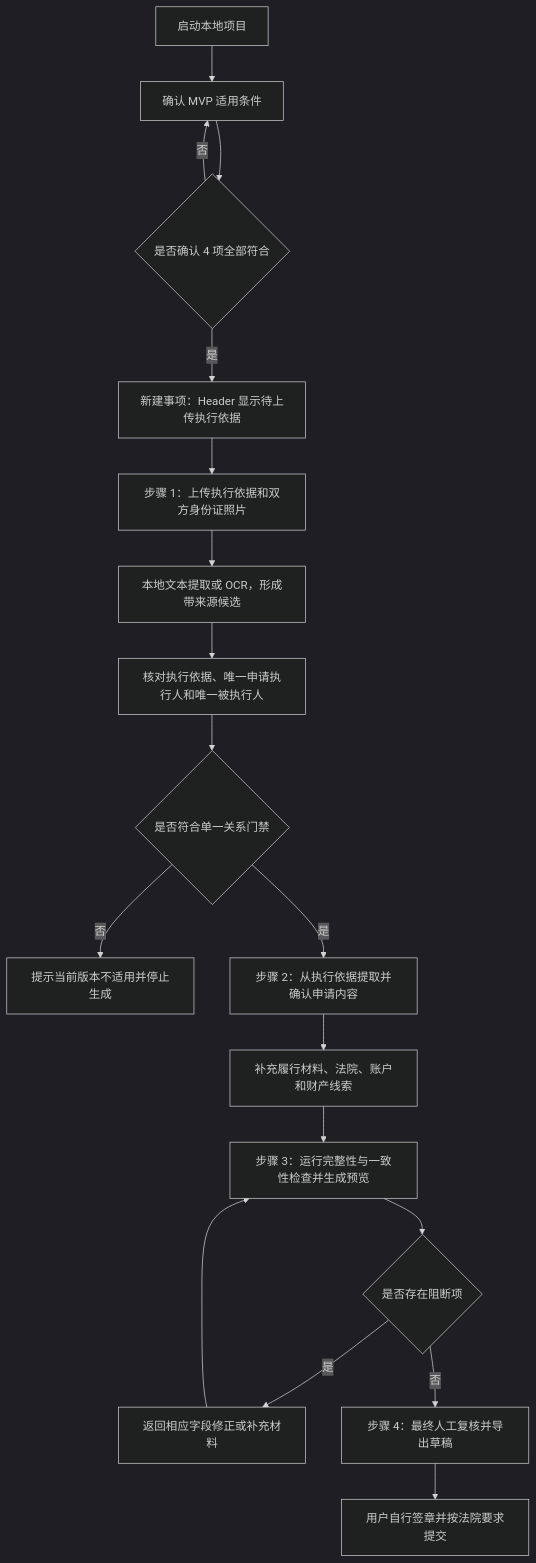
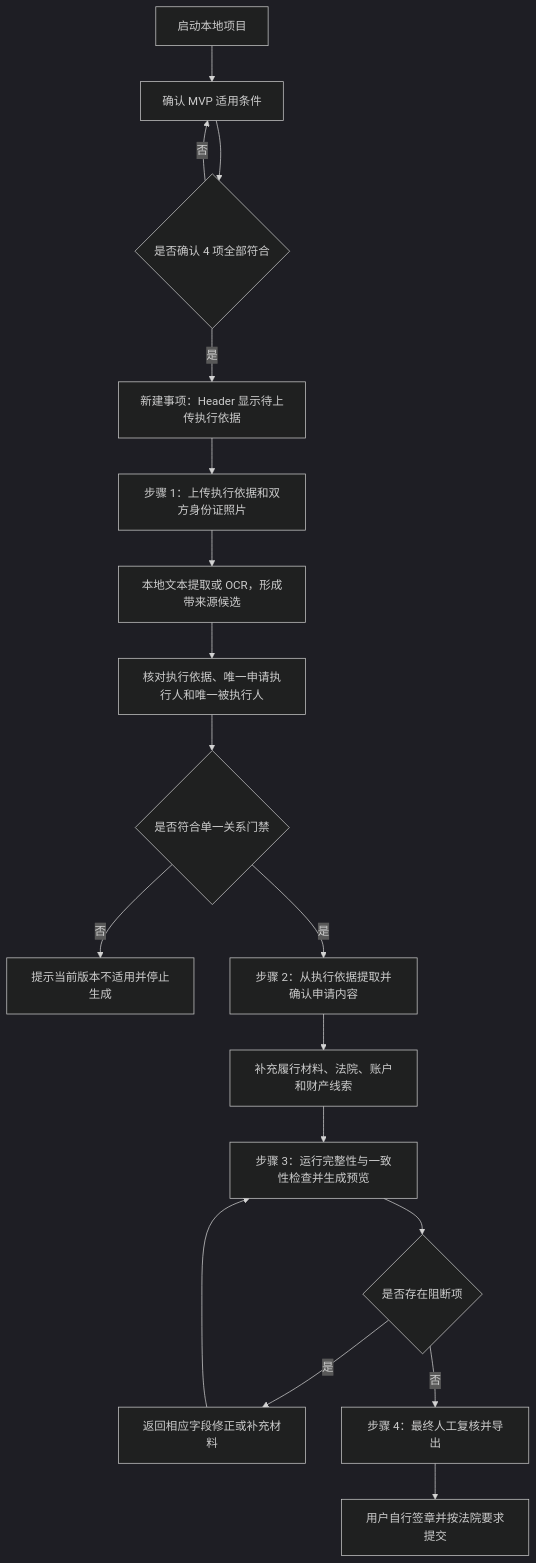
The diagram in outputs/产品方案_全国版强制执行材料生成助手.md (LanShiLiang/CaseFilingAssistant), drawn with Mermaid (dark theme) before and after one commit. The commit also changed other lines of this file and 43 other files, not shown here.

````diff
--- a/outputs/产品方案_全国版强制执行材料生成助手.md
+++ b/outputs/产品方案_全国版强制执行材料生成助手.md
@@ -124,20 +124,20 @@
 ```mermaid
 flowchart TD
   A["启动本地项目"] --> B["确认 MVP 适用条件"]
   B --> C{"是否确认 4 项全部符合"}
   C -- "否" --> B
   C -- "是" --> D["新建事项：Header 显示待上传执行依据"]
   D --> E["步骤 1：上传执行依据和双方身份证照片"]
   E --> F["本地文本提取或 OCR，形成带来源候选"]
   F --> G["核对执行依据、唯一申请执行人和唯一被执行人"]
   G --> H{"是否符合单一关系门禁"}
   H -- "否" --> I["提示当前版本不适用并停止生成"]
   H -- "是" --> J["步骤 2：从执行依据提取并确认申请内容"]
   J --> K["补充履行材料、法院、账户和财产线索"]
   K --> L["步骤 3：运行完整性与一致性检查并生成预览"]
   L --> M{"是否存在阻断项"}
   M -- "是" --> N["返回相应字段修正或补充材料"]
   N --> L
-  M -- "否" --> O["步骤 4：最终人工复核并导出草稿"]
+  M -- "否" --> O["步骤 4：最终人工复核并导出"]
   O --> P["用户自行签章并按法院要求提交"]
 ```
````
